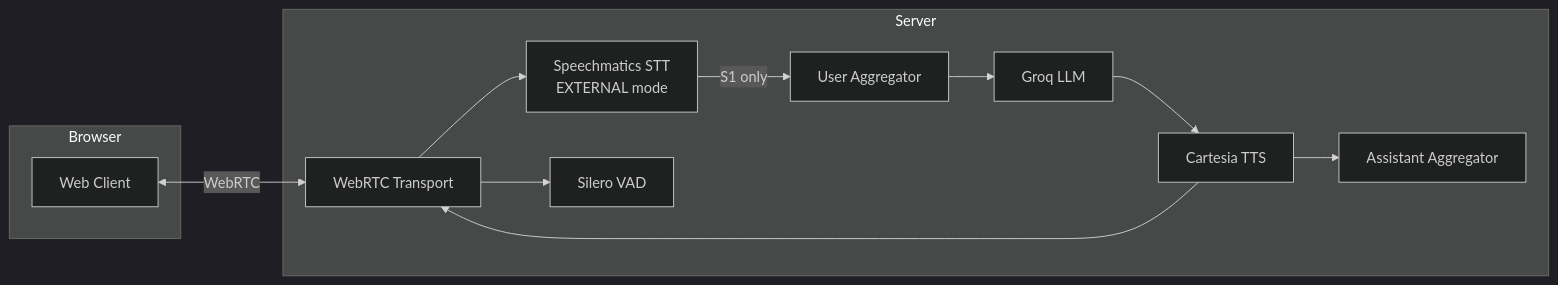
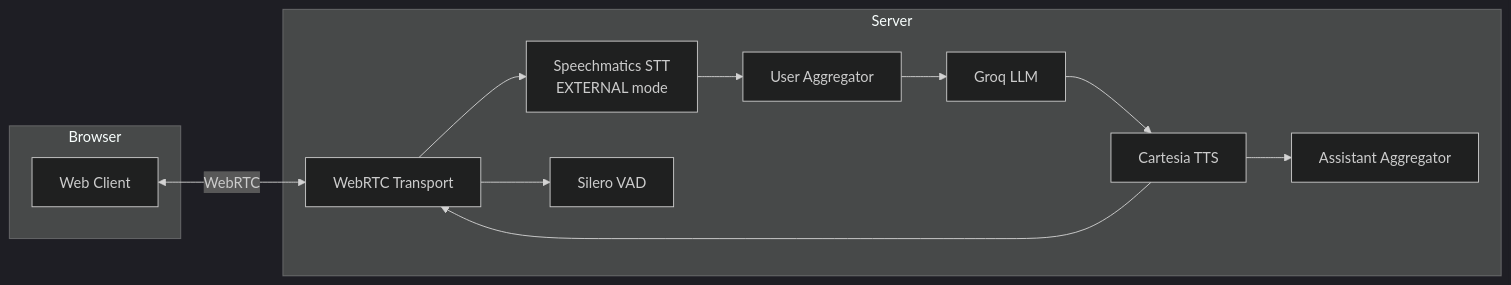
Before and after one commit to speechmatics/speechmatics-academy: the diagram in integrations/pipecat/02-simple-voice-bot-web/README.md, drawn with Mermaid (dark theme). The commit also changed other lines of this file and 7 other files, not shown here.

````diff
--- a/integrations/pipecat/02-simple-voice-bot-web/README.md
+++ b/integrations/pipecat/02-simple-voice-bot-web/README.md
@@ -171,25 +171,25 @@
 ```mermaid
 flowchart LR
     subgraph Browser
         CLIENT[Web Client]
     end
 
     subgraph Server
         WEBRTC[WebRTC Transport]
         STT[Speechmatics STT<br/>EXTERNAL mode]
         VAD[Silero VAD]
         UA[User Aggregator]
         AA[Assistant Aggregator]
         LLM[Groq LLM]
         TTS[Cartesia TTS]
     end
 
     CLIENT <-->|WebRTC| WEBRTC
     WEBRTC --> STT
     WEBRTC --> VAD
-    STT -->|S1 only| UA
+    STT --> UA
     UA --> LLM
     LLM --> TTS
     TTS --> WEBRTC
     TTS --> AA
 ```
````
